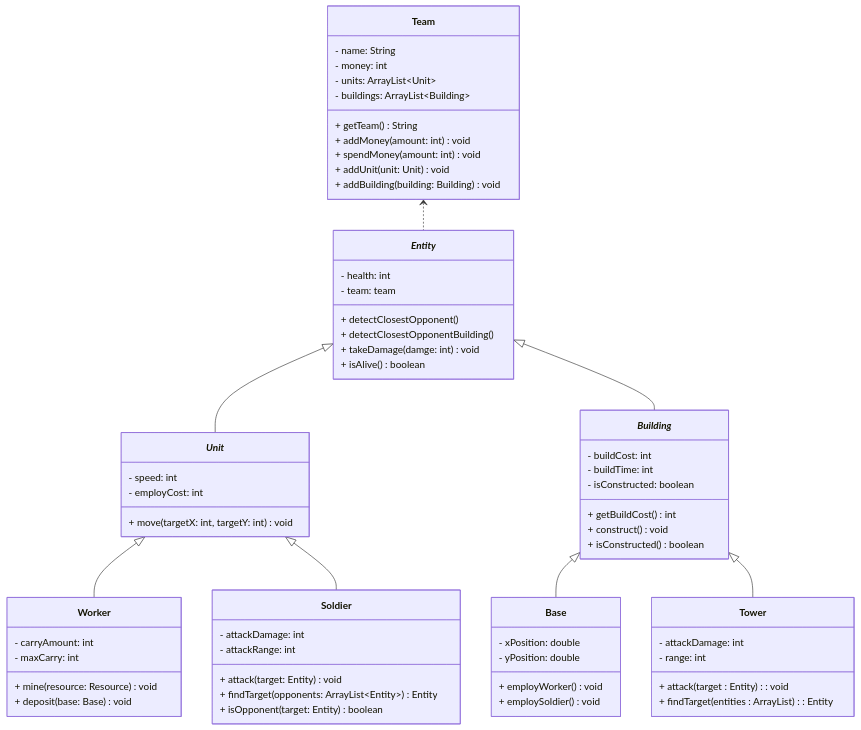
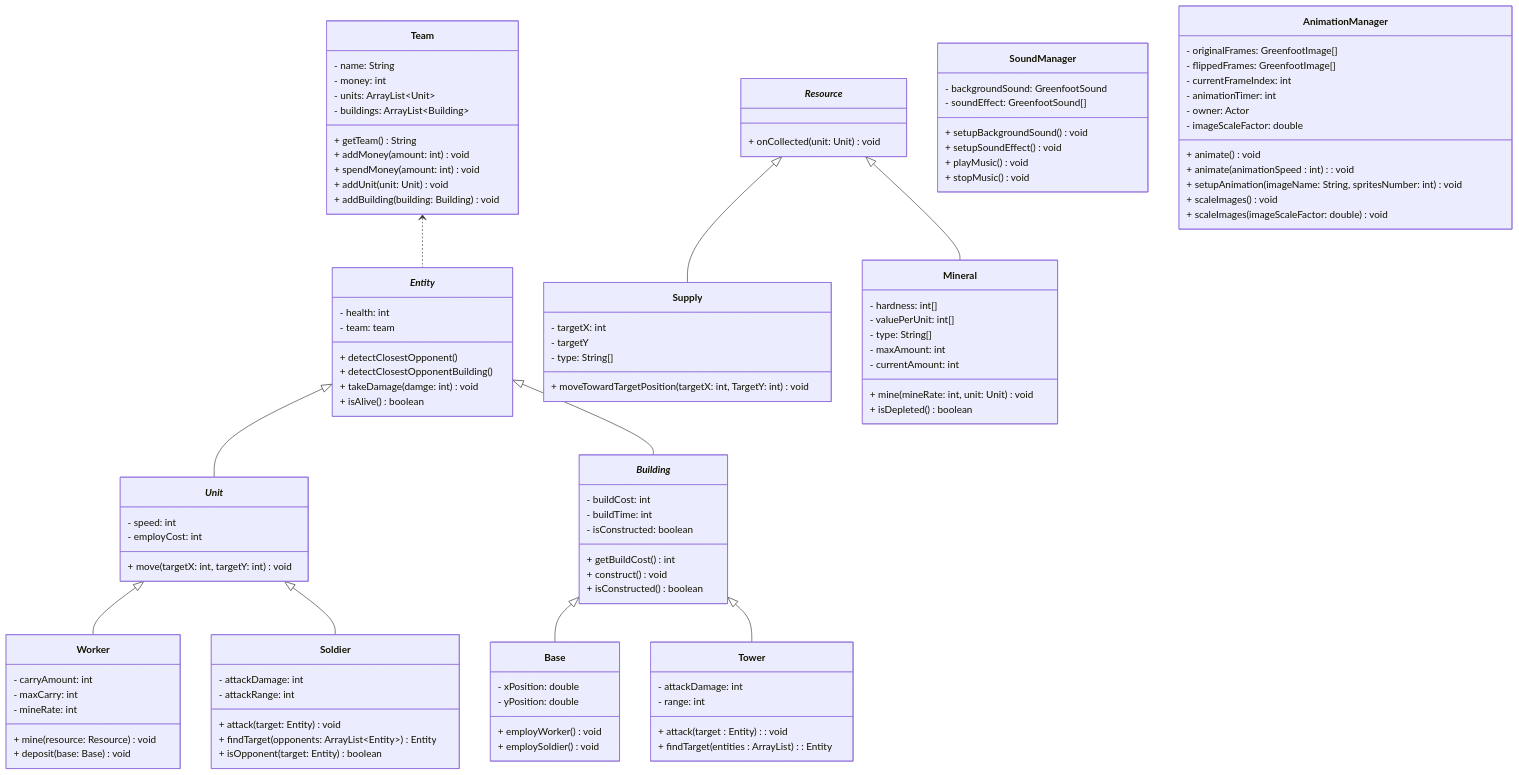
One commit to QinghaoHu/ICS4U-Simulation-project changed the diagram in classDiagram_UML.md. Above: the diagram before and after it, drawn with Mermaid.

Commit message:
add Resource, Animation, and Music Manager to class diagram
- added a resource system to the class diagram including an abstract Resource class with two child classes (Mineral and Supply)
-  Mineral is a time-based collectible resource with progressive depletion using maxAmount and currentAmount (mining system)
- Supply is an instant pickup resource that triggers a single-use effect when a unit collides with it
- added SoundManager class to represent centralized audio control for background music and sound effects in the simulation
- added AnimationManager class to represent reusable sprite animation handling for all animated entities (frame cycling, scaling, direction flipping)

````diff
--- a/classDiagram_UML.md
+++ b/classDiagram_UML.md
@@ -7,6 +7,8 @@
 `*Unit*` <|-- Soldier
 `*Building*` <|-- Base
 `*Building*` <|-- Tower
+`*Resource*` <|-- Supply
+`*Resource*` <|-- Mineral
 Team <.. `*Entity*`
 
 class Team {
@@ -42,6 +44,7 @@
 class Worker {
     - carryAmount: int
     - maxCarry: int
+    - mineRate: int
 
     + mine(resource: Resource) void
     + deposit(base: Base) void
@@ -82,4 +85,53 @@
     + findTarget(entities : ArrayList<Entity>) : Entity
 }
 
+class `*Resource*`{
+    + onCollected (unit: Unit) void
+}
+
+class Mineral {
+    - hardness: int[]
+    - valuePerUnit: int[]
+    - type: String[]
+    - maxAmount: int
+    - currentAmount: int
+
+    + mine(mineRate: int, unit: Unit) void
+    + isDepleted() boolean
+}
+
+class Supply {
+    - targetX: int
+    - targetY
+    - type: String[]
+
+    + moveTowardTargetPosition(targetX: int, TargetY: int) void
+}
+
+class SoundManager {
+    - backgroundSound: GreenfootSound
+    - soundEffect: GreenfootSound[]
+
+    + setupBackgroundSound() void
+    + setupSoundEffect() void
+    + playMusic() void
+    + stopMusic() void
+}
+
+class AnimationManager {
+    - originalFrames: GreenfootImage[]
+    - flippedFrames: GreenfootImage[]
+    - currentFrameIndex: int
+    - animationTimer: int
+    - owner: Actor
+    - imageScaleFactor: double
+
+    + animate() void
+    + animate(animationSpeed : int) : void
+    + setupAnimation(imageName: String, spritesNumber: int) void
+    + scaleImages() void
+    + scaleImages(imageScaleFactor: double) void
+}
+
+
 ```
````
